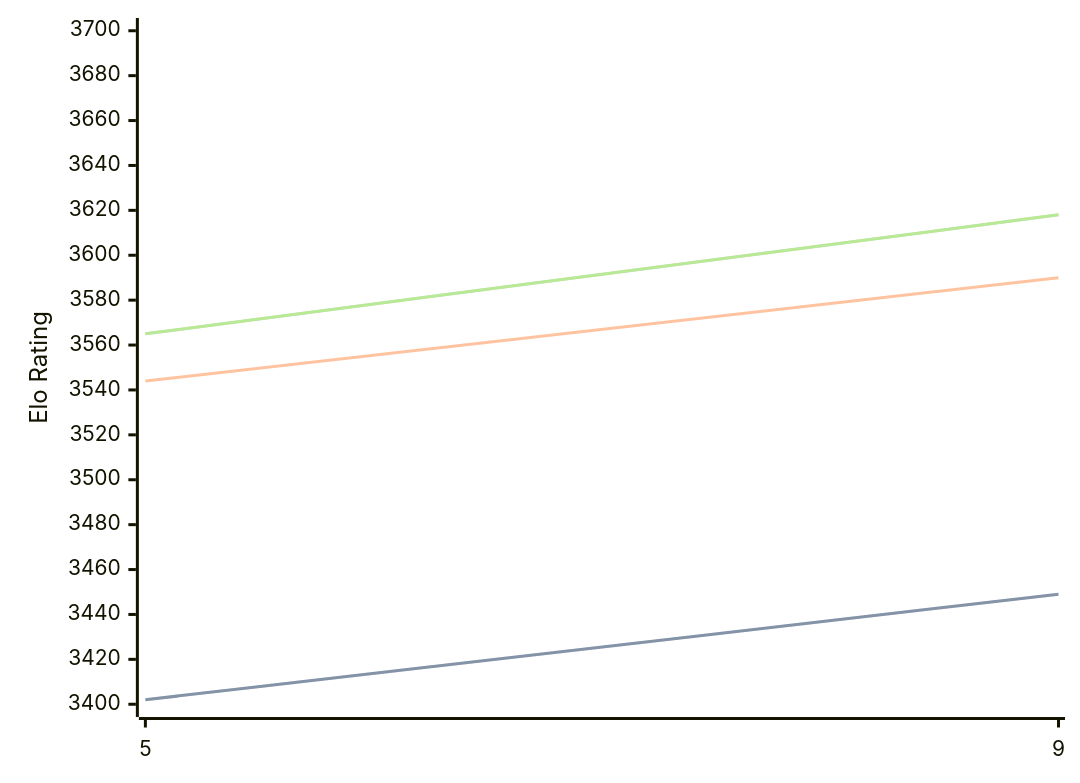
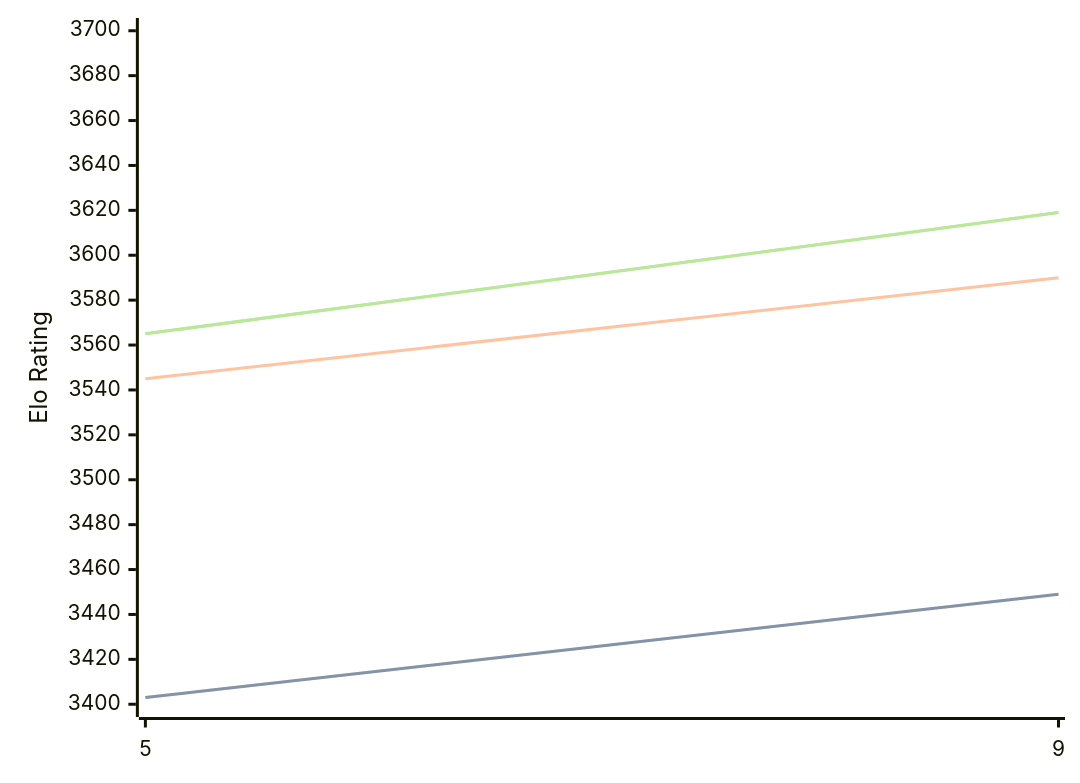
Before and after one commit to computer-chess-index/cci: the diagram in engines/Crystal.md, drawn with Mermaid. The commit also changed other lines of this file, not shown here.

Commit message:
Update CCI Ratings (ELO VLTC) - 2026-04-07

````diff
--- a/engines/Crystal.md
+++ b/engines/Crystal.md
@@ -60,11 +60,11 @@
 ```mermaid
 %%{init: {"theme":"base","themeVariables":{"seriesColors:['#a3a3a3','#222221','#faa371']}}}%%
 xychart-beta
   x-axis ["5", "9"]
   y-axis "Elo Rating" 3400 --> 3700
-  line "STC (8.0+0.08s)" [3402, 3449]
-  line "STC (8.0+0.08s)" [3402, 3449]
-  line "LTC (60.0+0.60s)" [3544, 3590]
-  line "VLTC (2m24s+1.12s)" [3565, 3618]
-  line "VLTC (2m24s+1.12s)" [3565, 3618]
+  line "STC (8.0+0.08s)" [3403, 3449]
+  line "STC (8.0+0.08s)" [3403, 3449]
+  line "LTC (60.0+0.60s)" [3545, 3590]
+  line "VLTC (2m24s+1.12s)" [3565, 3619]
+  line "VLTC (2m24s+1.12s)" [3565, 3619]
 ```
````
